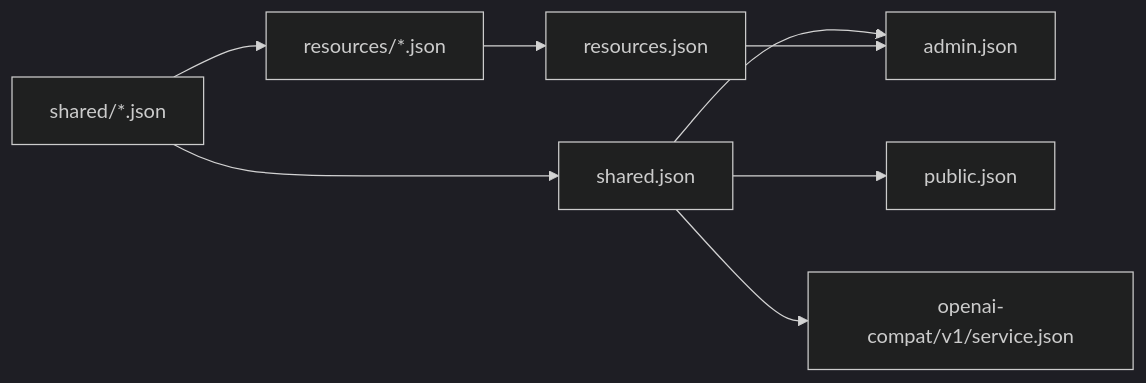
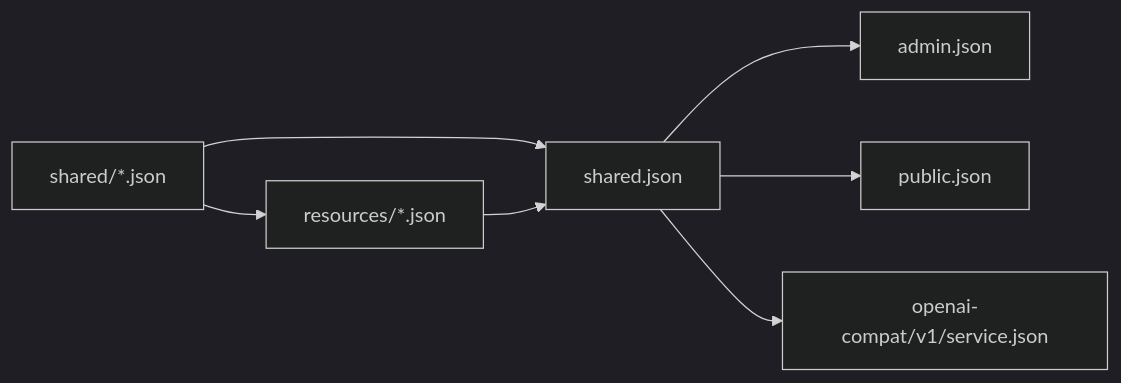
Before and after one commit to GizClaw/gizclaw: the diagram in guides/zh/developing/api/http/type-dependencies.md, drawn with Mermaid (dark theme). The commit also changed other lines of this file and 3 other files, not shown here.

````diff
--- a/guides/zh/developing/api/http/type-dependencies.md
+++ b/guides/zh/developing/api/http/type-dependencies.md
@@ -24,10 +23,9 @@
 ```mermaid
 flowchart LR
     Shared["shared/*.json"] --> SharedIndex["shared.json"]
     Shared --> Resources["resources/*.json"]
-    Resources --> ResourceIndex["resources.json"]
+    Resources --> SharedIndex
     SharedIndex --> Admin["admin.json"]
-    ResourceIndex --> Admin
     SharedIndex --> Public["public.json"]
     SharedIndex --> OpenAI["openai-compat/v1/service.json"]
 ```
````
